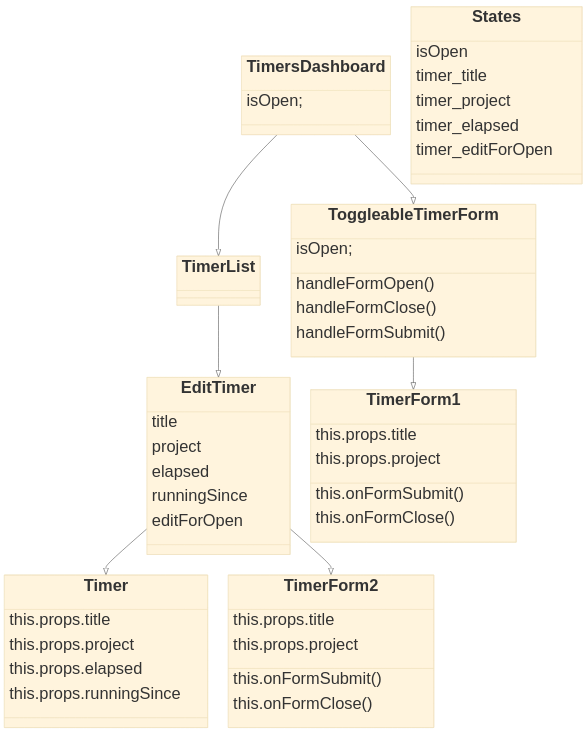
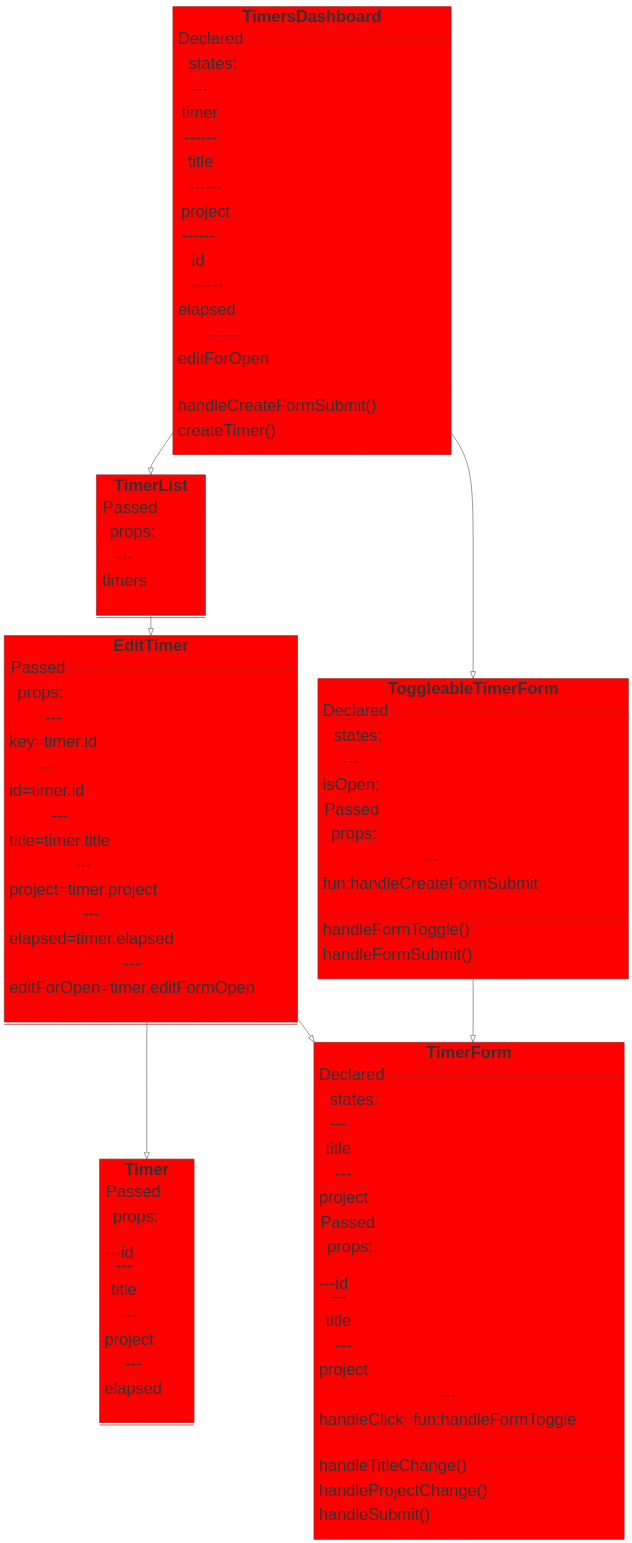
One commit to barnwalp/timer changed the diagram in timer_project.md. Above: the diagram before and after it, drawn with Mermaid. The commit also changed 2 other files, not shown here.

Commit message:
feat/refractor function

````diff
--- a/timer_project.md
+++ b/timer_project.md
@@ -1,62 +1,68 @@
 ```mermaid
-%%{
-	init: {
-		'theme': 'base', 
-		'themeVariables': { 
-			"fontSize": "40px", 
-			'fontFamily': 'Inter'
-			}
-		}
-	}%%
+%%{init: {'theme': 'base', 'themeVariables': { 'fontSize': '40px', 'fontFamily': 'Inter', 'primaryColor': '#ff0000'}}}%%
   classDiagram
       TimersDashboard --|> TimerList
       TimersDashboard --|> ToggleableTimerForm
       TimerList --|> EditTimer
-      ToggleableTimerForm --|> TimerForm1
+      ToggleableTimerForm --|> TimerForm
       EditTimer --|> Timer
-      EditTimer --|> TimerForm2
+      EditTimer --|> TimerForm
+      
       class TimersDashboard{
-        isOpen;
+      Declared states:
+    	---timer
+    	------title
+    	------project
+    	------id
+    	------elapsed
+    	------editForOpen
+    	handleCreateFormSubmit()
+    	createTimer()
       }
-      class ToggleableTimerForm {
-        isOpen;
-        handleFormOpen()
-        handleFormClose()
+     
+     class TimerList {
+      	Passed props:
+      	---timers
+      }
+     
+     class ToggleableTimerForm {
+     		Declared states:
+        ---isOpen;
+        Passed props:
+        ---fun:handleCreateFormSubmit
+        handleFormToggle()
         handleFormSubmit()
       }
-      class EditTimer {
+     
+     class EditTimer {
+     	Passed props:
+     	---key=timer.id
+     	---id=timer.id
+     	---title=timer.title
+     	---project=timer.project
+     	---elapsed=timer.elapsed
+     	---editForOpen=timer.editFormOpen
       }
-      class EditTimer {
-        title
-        project
-        elapsed
-        runningSince
-        editForOpen
+     
+     class TimerForm{
+     		Declared states:
+     		---title
+     		---project
+				Passed props:
+				---id
+				---title
+				---project
+				---handleClick=fun:handleFormToggle
+				handleTitleChange()
+				handleProjectChange()
+				handleSubmit()
       }
-      class TimerForm1 {
-        this.props.title
-        this.props.project
-        this.onFormSubmit()
-        this.onFormClose()
+     
+     class Timer {
+     		Passed props:
+     		---id
+     		---title
+     		---project
+     		---elapsed
       }
-      class TimerForm2 {
-        this.props.title
-        this.props.project
-        this.onFormSubmit()
-        this.onFormClose()
-      }
-      class Timer {
-        this.props.title
-        this.props.project
-        this.props.elapsed
-        this.props.runningSince
-      }
-
-  class States{
-    isOpen
-    timer_title
-    timer_project
-    timer_elapsed
-    timer_editForOpen
-  }
 ```
````
